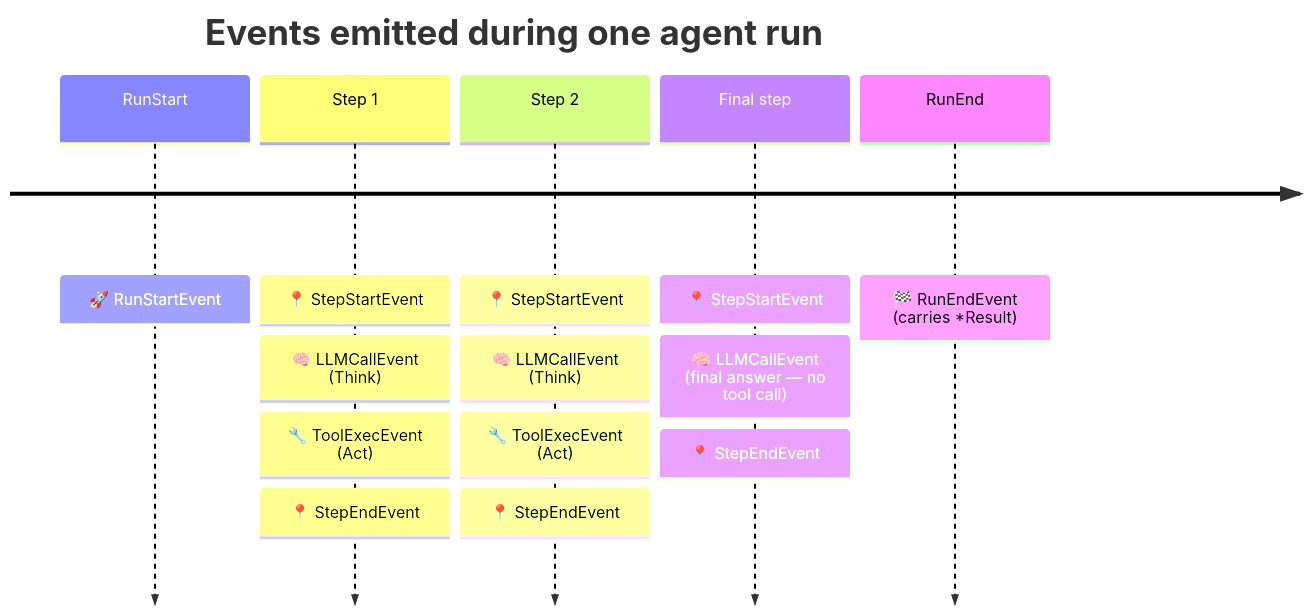
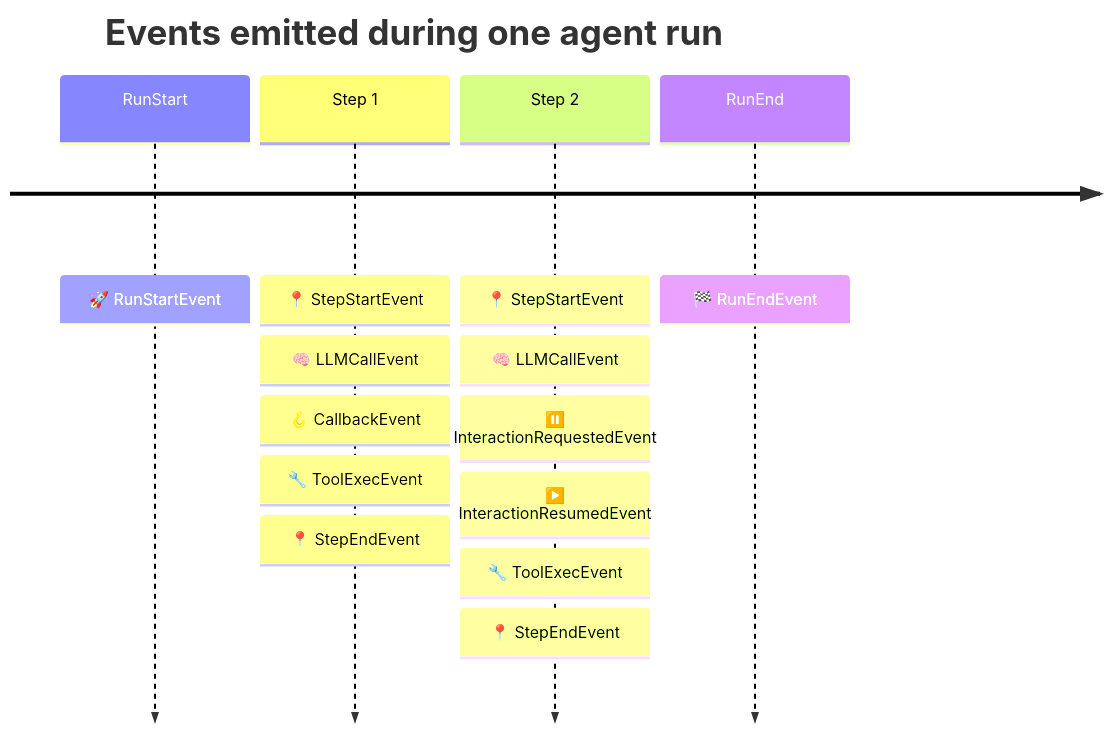
One commit to v8tix/react-agent changed the seventh of 13 diagrams in README.md. Above: the diagram before and after it, drawn with Mermaid. The commit also changed other lines of this file and 21 other files, not shown here.

````diff
--- a/README.md
+++ b/README.md
@@ -255,17 +397,17 @@
 ```mermaid
 timeline
     title Events emitted during one agent run
     RunStart    : 🚀 RunStartEvent
     Step 1      : 📍 StepStartEvent
-                : 🧠 LLMCallEvent (Think)
-                : 🔧 ToolExecEvent (Act)
+                : 🧠 LLMCallEvent
+                : 🪝 CallbackEvent
+                : 🔧 ToolExecEvent
                 : 📍 StepEndEvent
     Step 2      : 📍 StepStartEvent
-                : 🧠 LLMCallEvent (Think)
-                : 🔧 ToolExecEvent (Act)
+                : 🧠 LLMCallEvent
+                : ⏸️ InteractionRequestedEvent
+                : ▶️ InteractionResumedEvent
+                : 🔧 ToolExecEvent
                 : 📍 StepEndEvent
-    Final step  : 📍 StepStartEvent
-                : 🧠 LLMCallEvent (final answer — no tool call)
-                : 📍 StepEndEvent
-    RunEnd      : 🏁 RunEndEvent (carries *Result)
+    RunEnd      : 🏁 RunEndEvent
 ```
````
